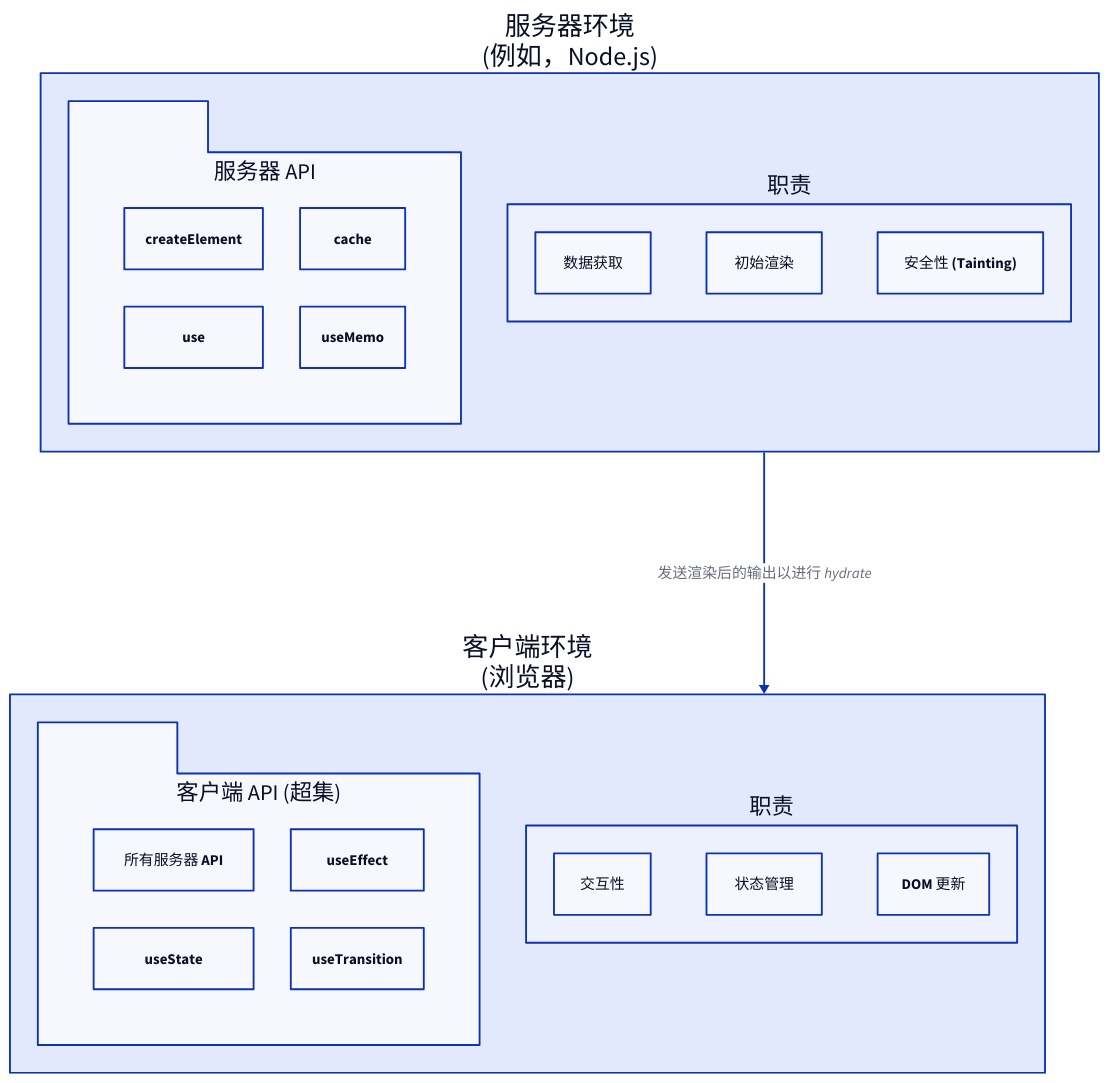
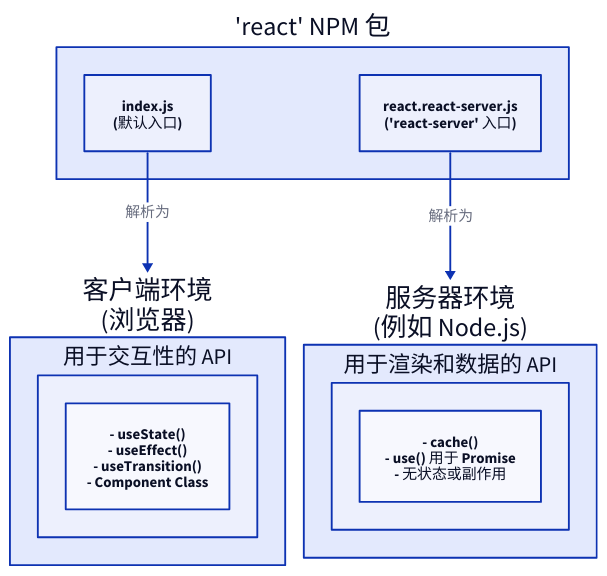
The diagram in packages/react/.aigne/doc-smith/docs/advanced-server-vs-client.zh.md (lban2049/react), drawn with D2 before and after one commit. The commit also changed other lines of this file and 46 other files, not shown here.

````diff
--- a/packages/react/.aigne/doc-smith/docs/advanced-server-vs-client.zh.md
+++ b/packages/react/.aigne/doc-smith/docs/advanced-server-vs-client.zh.md
@@ -7,50 +31,37 @@
 ```d2
 direction: down
 
-Server-Environment: {
-  label: "服务器环境\n(例如，Node.js)"
+react-package: {
+  label: "'react' NPM 包"
   shape: rectangle
 
-  APIs: {
-    shape: package
-    label: "服务器 API"
-    grid-columns: 2
-
-    createElement: "createElement"
-    use: "use"
-    cache: "cache"
-    useMemo: "useMemo"
+  client-entry: {
+    label: "index.js\n(默认入口)"
   }
 
-  Responsibilities: {
-    label: "职责"
-    Data-Fetching: "数据获取"
-    Initial-Render: "初始渲染"
-    Security: "安全性 (Tainting)"
+  server-entry: {
+    label: "react.react-server.js\n('react-server' 入口)"
   }
 }
 
-Client-Environment: {
+client-env: {
   label: "客户端环境\n(浏览器)"
   shape: rectangle
-
   APIs: {
-    shape: package
-    label: "客户端 API (超集)"
-    grid-columns: 2
-
-    All-Server-APIs: "所有服务器 API"
-    useState: "useState"
-    useEffect: "useEffect"
-    useTransition: "useTransition"
-  }
-   Responsibilities: {
-    label: "职责"
-    Interactivity: "交互性"
-    State-Management: "状态管理"
-    DOM-Updates: "DOM 更新"
+    label: "用于交互性的 API"
+    "- useState()\n- useEffect()\n- useTransition()\n- Component Class"
   }
 }
 
-Server-Environment -> Client-Environment: "发送渲染后的输出以进行 hydrate"
+server-env: {
+  label: "服务器环境\n(例如 Node.js)"
+  shape: rectangle
+  APIs: {
+    label: "用于渲染和数据的 API"
+    "- cache()\n- use() 用于 Promise\n- 无状态或副作用"
+  }
+}
+
+react-package.client-entry -> client-env: "解析为"
+react-package.server-entry -> server-env: "解析为"
 ```
````
